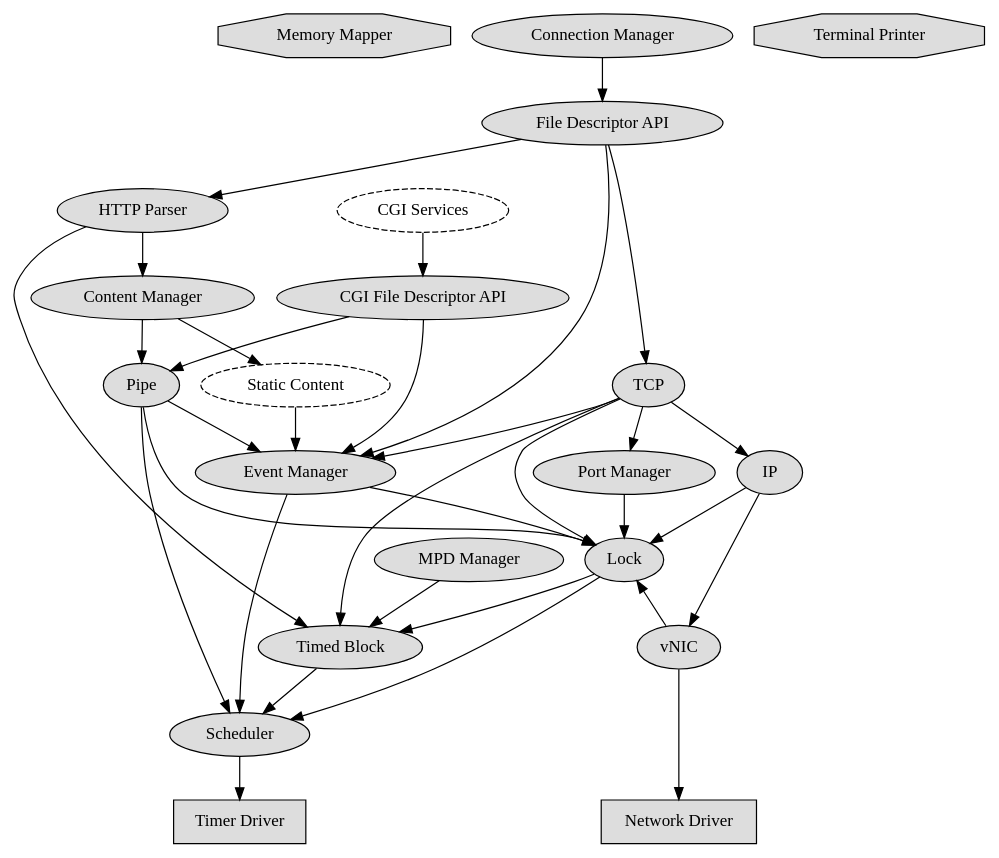
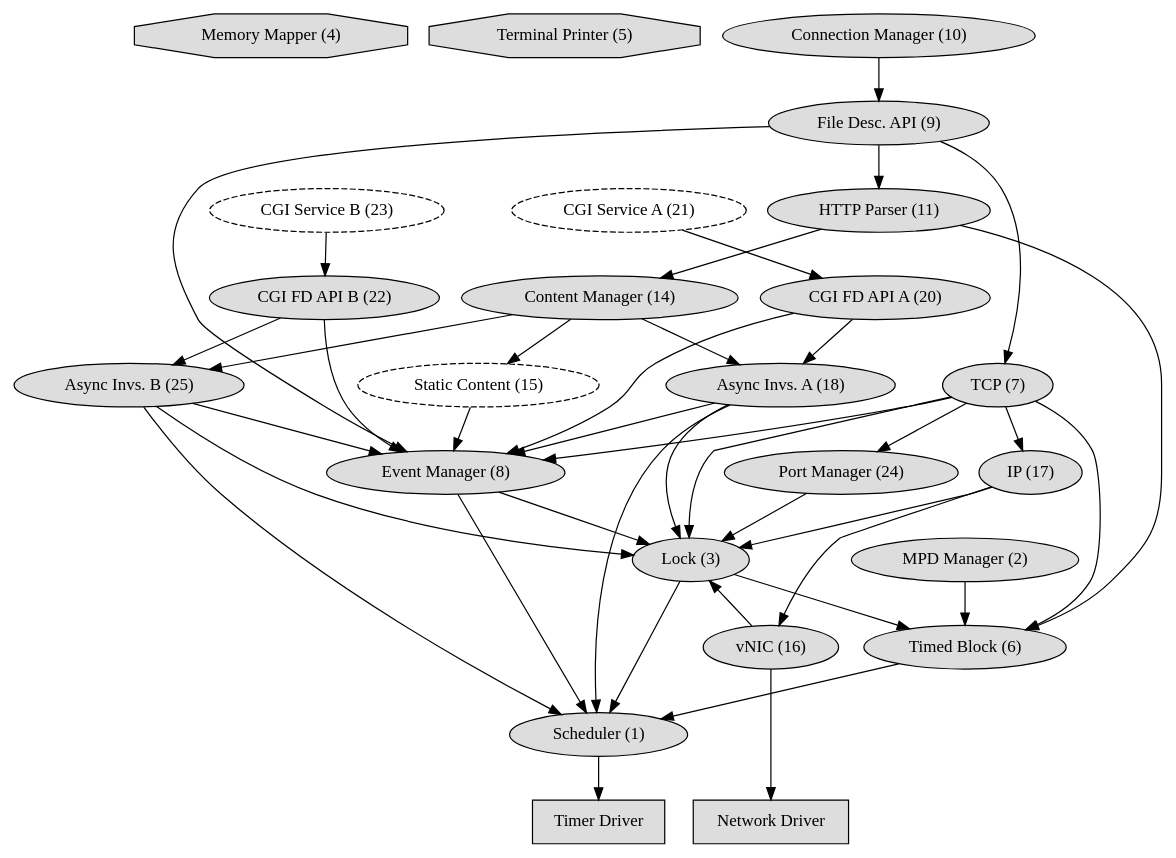
Before and after one commit to gwsystems/composite: the diagram in module/doc/component_web_server.dot, drawn with Graphviz. The commit also changed 12 other files, not shown here.

```diff
--- a/module/doc/component_web_server.dot
+++ b/module/doc/component_web_server.dot
@@ -1,93 +1,103 @@
 digraph web_server {
 	overlap=false;
 //	overlap=scale;
 	splines=true;
 //	rankdir=BT;
 
-	"Memory Mapper" [shape=octagon,fillcolor="#dddddd",style=filled];
+	"Memory Mapper (4)" [shape=octagon,fillcolor="#dddddd",style=filled];
+	"Terminal Printer (5)" [shape=octagon,fillcolor="#dddddd",style=filled];
 	{
 		rank=same;
 
 		"Network Driver" [shape=box,fillcolor="#dddddd",style=filled];
 		"Timer Driver" [shape=box,fillcolor="#dddddd",style=filled];
 	};
-		"Terminal Printer" [shape=octagon,fillcolor="#dddddd",style=filled];
 //	{
 //		rank=same;
-		"Connection Manager" [fillcolor="#dddddd",style=filled];
-		"File Descriptor API" [fillcolor="#dddddd",style=filled];
+		"Connection Manager (10)" [fillcolor="#dddddd",style=filled];
+		"File Desc. API (9)" [fillcolor="#dddddd",style=filled];
 //	};
 
 //	"UDP" [fillcolor="#dddddd",style=filled];
-	"TCP" [fillcolor="#dddddd",style=filled];
+	"TCP (7)" [fillcolor="#dddddd",style=filled];
 
-	"HTTP Parser" [fillcolor="#dddddd",style=filled];
-	"CGI Services" [fillcolor="#dddddd",style=dashed];
-	"CGI File Descriptor API" [fillcolor="#dddddd",style=filled];	
-	"Content Manager" [fillcolor="#dddddd",style=filled];
-	"Pipe" [fillcolor="#dddddd",style=filled];
-	"Static Content" [style=dashed,fillcolor="#dddddd"];
+	"HTTP Parser (11)" [fillcolor="#dddddd",style=filled];
+	"CGI Service A (21)" [fillcolor="#dddddd",style=dashed];
+	"CGI Service B (23)" [fillcolor="#dddddd",style=dashed];
+	"CGI FD API A (20)" [fillcolor="#dddddd",style=filled];	
+	"CGI FD API B (22)" [fillcolor="#dddddd",style=filled];	
+	"Content Manager (14)" [fillcolor="#dddddd",style=filled];
+	"Async Invs. A (18)" [fillcolor="#dddddd",style=filled];
+	"Async Invs. B (25)" [fillcolor="#dddddd",style=filled];
+	"Static Content (15)" [style=dashed,fillcolor="#dddddd"];
 //	"Plugins" [fillcolor="#dddddd",style=filled];
-	"Scheduler" [fillcolor="#dddddd",style=filled];
+	"Scheduler (1)" [fillcolor="#dddddd",style=filled];
 	{
 		rank=same;
-		"IP" [fillcolor="#dddddd",style=filled];
-		"Port Manager" [fillcolor="#dddddd",style=filled];
-		"Event Manager" [fillcolor="#dddddd",style=filled];
+		"IP (17)" [fillcolor="#dddddd",style=filled];
+		"Port Manager (24)" [fillcolor="#dddddd",style=filled];
+		"Event Manager (8)" [fillcolor="#dddddd",style=filled];
 	} 
 	{
 		rank=same;
-		"MPD Manager" [fillcolor="#dddddd",style=filled];
-		"Lock" [fillcolor="#dddddd",style=filled];
+		"MPD Manager (2)" [fillcolor="#dddddd",style=filled];
+		"Lock (3)" [fillcolor="#dddddd",style=filled];
 	}
 	{
 		rank=same;
-		"Timed Block" [fillcolor="#dddddd",style=filled];
-		"vNIC" [fillcolor="#dddddd",style=filled];
+		"Timed Block (6)" [fillcolor="#dddddd",style=filled];
+		"vNIC (16)" [fillcolor="#dddddd",style=filled];
 	}
 
 	// Edges
-	"Connection Manager" -> "File Descriptor API";
-	"File Descriptor API" -> "TCP";
-//	"File Descriptor API" -> "UDP";
-	"File Descriptor API" -> "Event Manager";
-	"HTTP Parser" -> "Content Manager";
-	"HTTP Parser" -> "Timed Block";
-//	"Content Manager" -> "Plugins";
-	"Content Manager" -> "Static Content";
-	"Static Content" -> "Event Manager";
-	"Content Manager" -> "Pipe";
-	"CGI Services" -> "CGI File Descriptor API";
-	"CGI File Descriptor API" -> "Event Manager";
-	"CGI File Descriptor API" -> "Pipe";
-	"Pipe" -> "Event Manager";
-	"Pipe" -> "Scheduler";
-	"Pipe" -> "Lock";
-//	"UDP" -> "IP";
-	"TCP" -> "IP";
-	"TCP" -> "Timed Block";
-//	"UDP" -> "Event Manager";
-	"TCP" -> "Event Manager";
-//	"UDP" -> "Port Manager";
-	"TCP" -> "Port Manager";
-	"Port Manager" -> "Lock";
-//	"Port Manager" -> "Net Demultiplexer";
-	"Event Manager" -> "Scheduler";
-	"Event Manager" -> "Lock";
-	"Lock" -> "Timed Block";
-	"Lock" -> "Scheduler";
-	"Timed Block" -> "Scheduler";
-//	"UDP" -> "Lock";
-	"TCP" -> "Lock";
-	"IP" -> "Lock";
-//	"File Descriptor API" -> "Lock";
-//	"IP" -> "Net Demultiplexer";
-	"IP" -> "vNIC";
-//	"IP" -> "Network Driver";
-	"vNIC" -> "Network Driver";
-	"vNIC" -> "Lock";
-	"Scheduler" -> "Timer Driver";
-	"File Descriptor API" -> "HTTP Parser";
+	"Connection Manager (10)" -> "File Desc. API (9)";
+	"File Desc. API (9)" -> "TCP (7)";
+//	"File Desc. API (9)" -> "UDP";
+	"File Desc. API (9)" -> "Event Manager (8)";
+	"HTTP Parser (11)" -> "Content Manager (14)";
+	"HTTP Parser (11)" -> "Timed Block (6)";
+//	"Content Manager (14)" -> "Plugins";
+	"Content Manager (14)" -> "Static Content (15)";
+	"Static Content (15)" -> "Event Manager (8)";
+	"Content Manager (14)" -> "Async Invs. A (18)";
+	"Content Manager (14)" -> "Async Invs. B (25)";
+	"CGI Service A (21)" -> "CGI FD API A (20)";
+	"CGI Service B (23)" -> "CGI FD API B (22)";
+	"CGI FD API A (20)" -> "Event Manager (8)";
+	"CGI FD API B (22)" -> "Event Manager (8)";
+	"CGI FD API A (20)" -> "Async Invs. A (18)";
+	"CGI FD API B (22)" -> "Async Invs. B (25)";
+	"Async Invs. A (18)" -> "Event Manager (8)";
+	"Async Invs. B (25)" -> "Event Manager (8)";
+	"Async Invs. A (18)" -> "Scheduler (1)";
+	"Async Invs. B (25)" -> "Scheduler (1)";
+	"Async Invs. A (18)" -> "Lock (3)";
+	"Async Invs. B (25)" -> "Lock (3)";
+//	"UDP" -> "IP (17)";
+	"TCP (7)" -> "IP (17)";
+	"TCP (7)" -> "Timed Block (6)";
+//	"UDP" -> "Event Manager (8)";
+	"TCP (7)" -> "Event Manager (8)";
+//	"UDP" -> "Port Manager (24)";
+	"TCP (7)" -> "Port Manager (24)";
+	"Port Manager (24)" -> "Lock (3)";
+//	"Port Manager (24)" -> "Net Demuxer";
+	"Event Manager (8)" -> "Scheduler (1)";
+	"Event Manager (8)" -> "Lock (3)";
+	"Lock (3)" -> "Timed Block (6)";
+	"Lock (3)" -> "Scheduler (1)";
+	"Timed Block (6)" -> "Scheduler (1)";
+//	"UDP" -> "Lock (3)";
+	"TCP (7)" -> "Lock (3)";
+	"IP (17)" -> "Lock (3)";
+//	"File Desc. API (9)" -> "Lock (3)";
+//	"IP (17)" -> "Net Demultiplexer";
+	"IP (17)" -> "vNIC (16)";
+//	"IP (17)" -> "Network Driver";
+	"vNIC (16)" -> "Network Driver";
+	"vNIC (16)" -> "Lock (3)";
+	"Scheduler (1)" -> "Timer Driver";
+	"File Desc. API (9)" -> "HTTP Parser (11)";
 
-	"MPD Manager" -> "Timed Block";	
+	"MPD Manager (2)" -> "Timed Block (6)";	
 }
```
